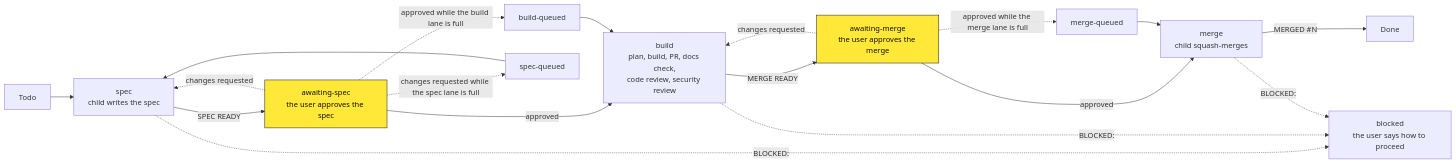
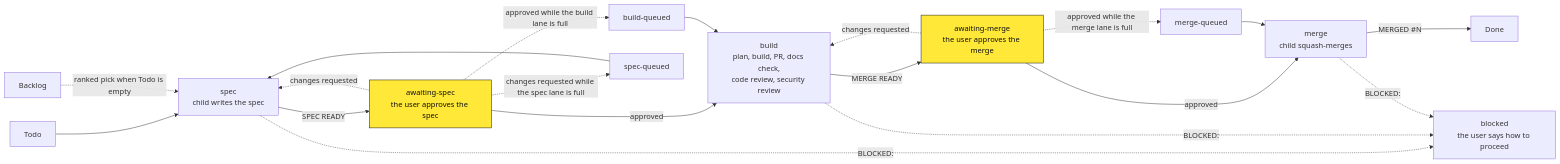
The second of 2 diagrams in agent-team/docs/agents/org-chart.md (collective-wisdom-org/collective-wisdom), drawn with Mermaid before and after one commit. The commit also changed other lines of this file and 13 other files, not shown here.

````diff
--- a/agent-team/docs/agents/org-chart.md
+++ b/agent-team/docs/agents/org-chart.md
@@ -62,21 +62,22 @@
 ```mermaid
 flowchart LR
     Todo["Todo"] --> Spec["spec<br/>child writes the spec"]
+    Backlog["Backlog"] -. "ranked pick when Todo is empty" .-> Spec
     Spec -- "SPEC READY" --> AS["awaiting-spec<br/>the user approves the spec"]
     AS -- "approved" --> Build["build<br/>plan, build, PR, docs check,<br/>code review, security review"]
     Build -- "MERGE READY" --> AM["awaiting-merge<br/>the user approves the merge"]
     AM -- "approved" --> Merge["merge<br/>child squash-merges"]
     AS -. "approved while the build lane is full" .-> BQ["build-queued"] --> Build
     AM -. "approved while the merge lane is full" .-> MQ["merge-queued"] --> Merge
     Merge -- "MERGED #35;N" --> Done["Done"]
 
     AS -. "changes requested" .-> Spec
     AS -. "changes requested while the spec lane is full" .-> SQ["spec-queued"] --> Spec
     AM -. "changes requested" .-> Build
     Spec -. "BLOCKED:" .-> Blocked["blocked<br/>the user says how to proceed"]
     Build -. "BLOCKED:" .-> Blocked
     Merge -. "BLOCKED:" .-> Blocked
 
     classDef gate fill:#ffe838,color:#0f0f11,stroke:#0f0f11
     class AS,AM gate
 ```
````
